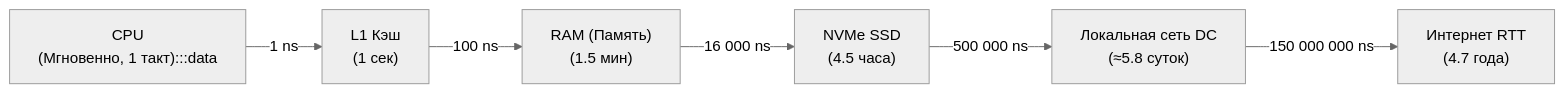
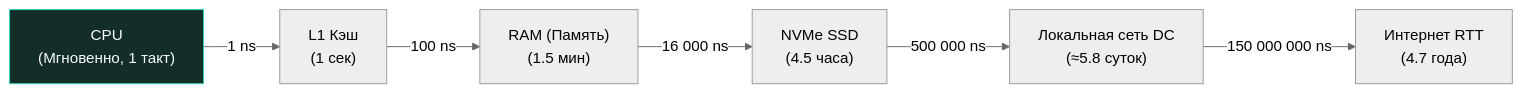
One commit to UnrealTemplier/go-textbook-ru changed the diagram in sources/1. Архитектура компьютера/38. Latency Numbers Every Programmer Should Know.md. Above: the diagram before and after it, drawn with Mermaid (neutral theme). The commit also changed other lines of this file and 77 other files, not shown here.

````diff
--- a/sources/1. Архитектура компьютера/38. Latency Numbers Every Programmer Should Know.md
+++ b/sources/1. Архитектура компьютера/38. Latency Numbers Every Programmer Should Know.md
@@ -38,18 +38,18 @@
 ```mermaid
 flowchart LR
     classDef process  fill:#1e293b,stroke:#38bdf8,stroke-width:1px,color:#f8fafc
     classDef success  fill:#064e3b,stroke:#34d399,stroke-width:1px,color:#f8fafc
     classDef error    fill:#7f1d1d,stroke:#f87171,stroke-width:1px,color:#f8fafc
     classDef warning  fill:#78350f,stroke:#fbbf24,stroke-width:1px,color:#f8fafc
     classDef entry    fill:#1e3a5f,stroke:#38bdf8,stroke-width:2px,color:#f8fafc
     classDef aux      fill:#334155,stroke:#64748b,stroke-width:1px,color:#f8fafc
     classDef system   fill:#312e81,stroke:#a78bfa,stroke-width:1px,color:#f8fafc
     classDef data     fill:#132d29,stroke:#2dd4bf,stroke-width:1px,color:#f8fafc
     classDef network  fill:#881337,stroke:#fb7185,stroke-width:1px,color:#f8fafc
     classDef accent   fill:#1e1b4b,stroke:#818cf8,stroke-width:1px,color:#f8fafc
-    CPU["CPU<br>(Мгновенно, 1 такт):::data"] -->|"1 ns"| L1["L1 Кэш<br>(1 сек)"]
+    CPU["CPU<br>(Мгновенно, 1 такт)"]:::data -->|"1 ns"| L1["L1 Кэш<br>(1 сек)"]
     L1 -->|"100 ns"| RAM["RAM (Память)<br>(1.5 мин)"]
     RAM -->|"16 000 ns"| NVMe["NVMe SSD<br>(4.5 часа)"]
     NVMe -->|"500 000 ns"| LAN["Локальная сеть DC<br>(≈5.8 суток)"]
     LAN -->|"150 000 000 ns"| WAN["Интернет RTT<br>(4.7 года)"]
 ```
````
